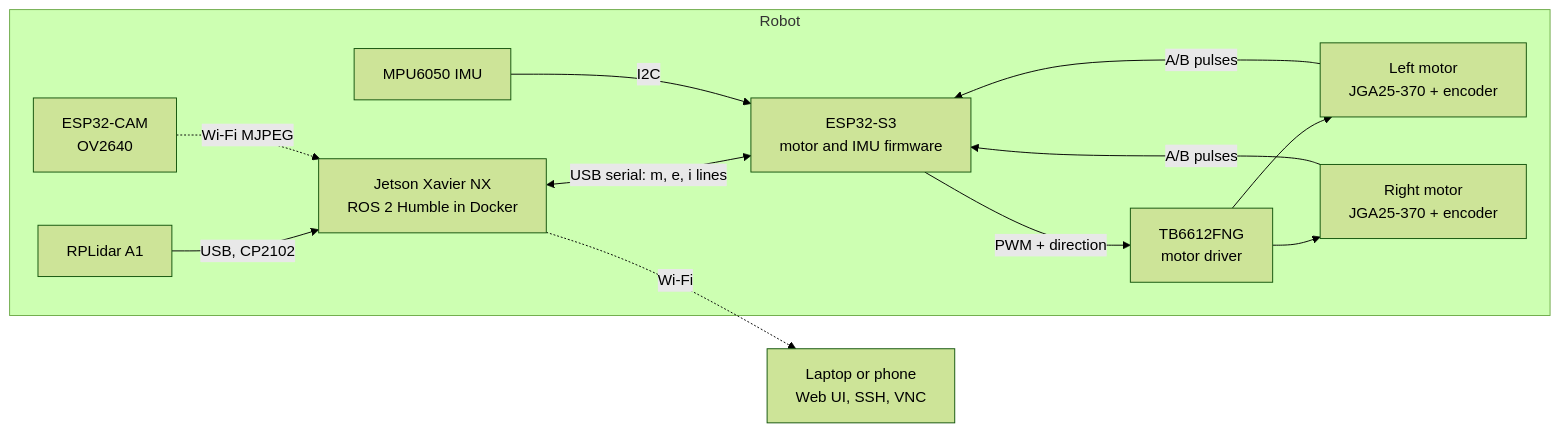
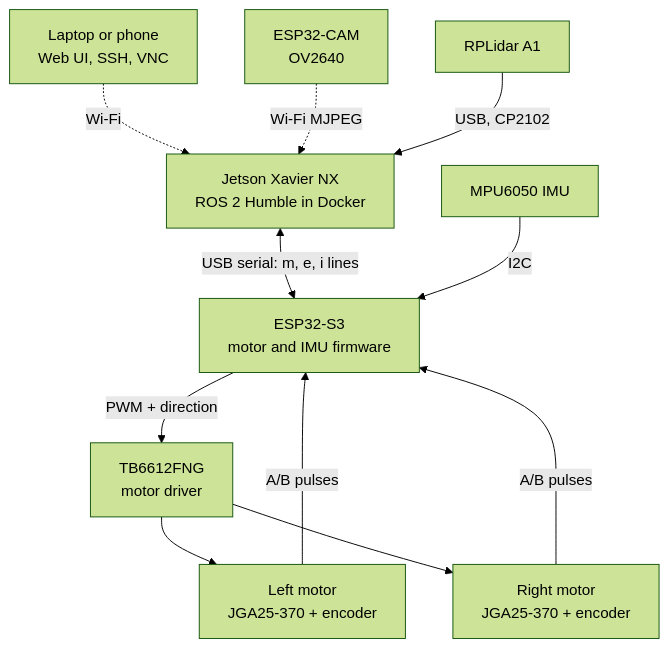
One commit to jakhon37/autoJetsonBot changed the diagram in docs/architecture/HARDWARE.md. Above: the diagram before and after it, drawn with Mermaid (forest theme).

Commit message:
Lay out the hardware diagram top to bottom so it fits on GitHub.

````diff
--- a/docs/architecture/HARDWARE.md
+++ b/docs/architecture/HARDWARE.md
@@ -29,25 +29,22 @@
 ```mermaid
-flowchart LR
-    subgraph robot["Robot"]
-        jetson["Jetson Xavier NX<br/>ROS 2 Humble in Docker"]
-        esp["ESP32-S3<br/>motor and IMU firmware"]
-        driver["TB6612FNG<br/>motor driver"]
-        motorL["Left motor<br/>JGA25-370 + encoder"]
-        motorR["Right motor<br/>JGA25-370 + encoder"]
-        imu["MPU6050 IMU"]
-        lidar["RPLidar A1"]
-        cam["ESP32-CAM<br/>OV2640"]
-    end
+flowchart TB
     op["Laptop or phone<br/>Web UI, SSH, VNC"]
-
+    cam["ESP32-CAM<br/>OV2640"]
+    jetson["Jetson Xavier NX<br/>ROS 2 Humble in Docker"]
+    lidar["RPLidar A1"]
+    esp["ESP32-S3<br/>motor and IMU firmware"]
+    imu["MPU6050 IMU"]
+    driver["TB6612FNG<br/>motor driver"]
+    motorL["Left motor<br/>JGA25-370 + encoder"]
+    motorR["Right motor<br/>JGA25-370 + encoder"]
+    op -.->|"Wi-Fi"| jetson
+    cam -.->|"Wi-Fi MJPEG"| jetson
+    lidar -->|"USB, CP2102"| jetson
     jetson <-->|"USB serial: m, e, i lines"| esp
-    lidar -->|"USB, CP2102"| jetson
+    imu -->|"I2C"| esp
     esp -->|"PWM + direction"| driver
     driver --> motorL
     driver --> motorR
     motorL -->|"A/B pulses"| esp
     motorR -->|"A/B pulses"| esp
-    imu -->|"I2C"| esp
-    cam -.->|"Wi-Fi MJPEG"| jetson
-    jetson -.->|"Wi-Fi"| op
 ```
````
